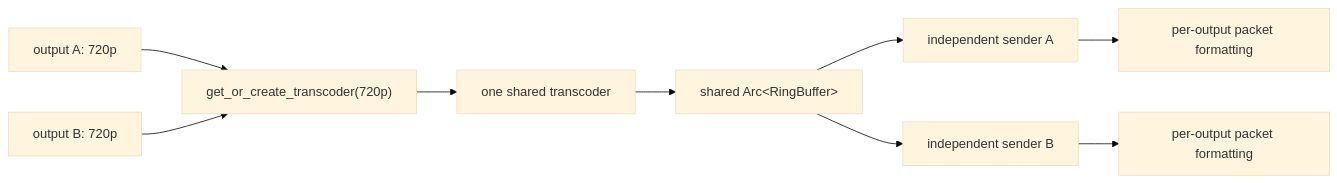
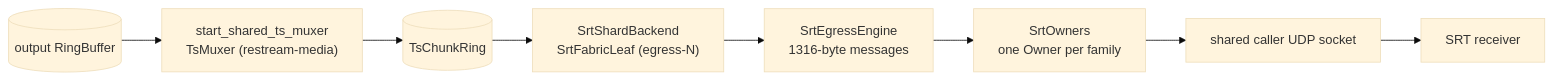
Before and after one commit to krsna1729/restream: the seventh of 15 diagrams in docs/media-pipeline.md, drawn with Mermaid (base theme). The commit also changed other lines of this file and 23 other files, not shown here.

````diff
--- a/docs/media-pipeline.md
+++ b/docs/media-pipeline.md
@@ -376,11 +520,10 @@
 ```mermaid
 flowchart LR
-    A["output A: 720p"] --> Lookup["get_or_create_transcoder(720p)"]
-    B["output B: 720p"] --> Lookup
-    Lookup --> Stage["one shared transcoder"]
-    Stage --> Ring["shared Arc&lt;RingBuffer&gt;"]
-    Ring --> SenderA["independent sender A"]
-    Ring --> SenderB["independent sender B"]
-    SenderA --> FormatA["per-output packet formatting"]
-    SenderB --> FormatB["per-output packet formatting"]
+    Ring[("output RingBuffer")] --> Mux["start_shared_ts_muxer<br/>TsMuxer (restream-media)"]
+    Mux --> Chunks[("TsChunkRing")]
+    Chunks --> Leaf["SrtShardBackend<br/>SrtFabricLeaf (egress-N)"]
+    Leaf --> Engine["SrtEgressEngine<br/>1316-byte messages"]
+    Engine --> Owners["SrtOwners<br/>one Owner per family"]
+    Owners --> Udp["shared caller UDP socket"]
+    Udp --> Dest["SRT receiver"]
 ```
````
